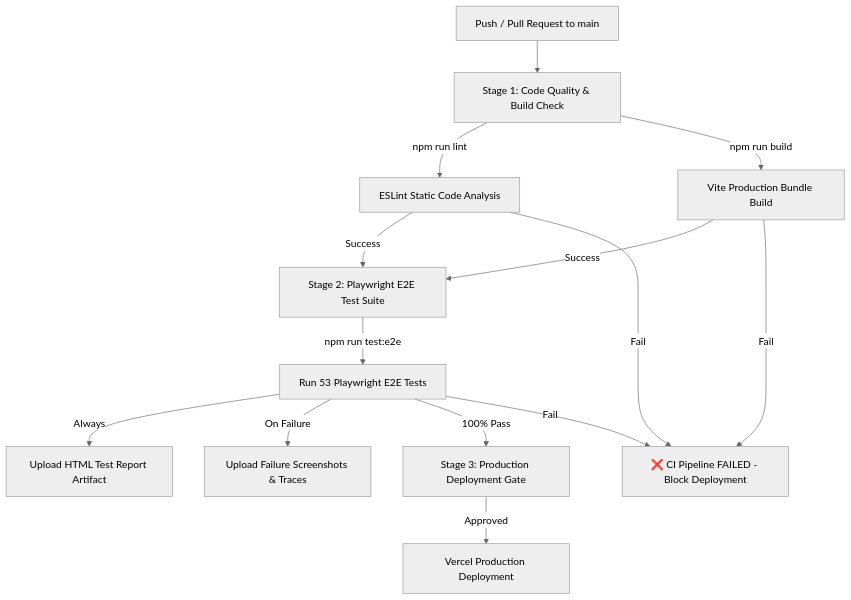
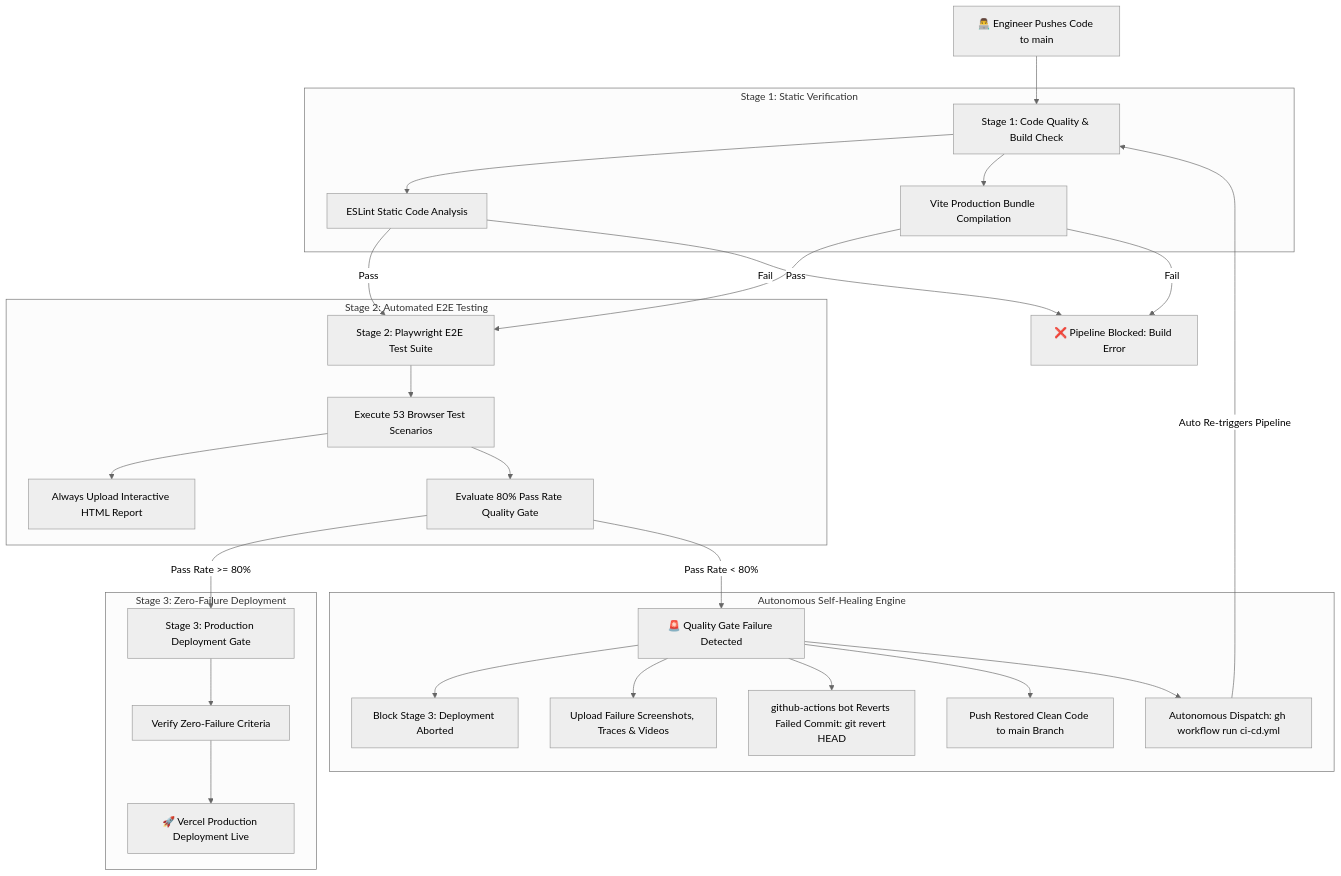
One commit to pandya-dwip/Nuvora changed the diagram in CICD.md. Above: the diagram before and after it, drawn with Mermaid (neutral theme). The commit also changed other lines of this file, not shown here.

Commit message:
docs: add comprehensive executive documentation for self-healing CI/CD pipeline

````diff
--- a/CICD.md
+++ b/CICD.md
@@ -11,20 +44,39 @@
 ```mermaid
 graph TD
-    A[Push / Pull Request to main] --> B[Stage 1: Code Quality & Build Check]
-    B -->|npm run lint| B1[ESLint Static Code Analysis]
-    B -->|npm run build| B2[Vite Production Bundle Build]
+    A[👨‍💻 Engineer Pushes Code to main] --> B[Stage 1: Code Quality & Build Check]
     
-    B1 -->|Success| C[Stage 2: Playwright E2E Test Suite]
-    B2 -->|Success| C
+    subgraph Stage 1: Static Verification
+        B --> B1[ESLint Static Code Analysis]
+        B --> B2[Vite Production Bundle Compilation]
+    end
+
+    B1 -->|Pass| C[Stage 2: Playwright E2E Test Suite]
+    B2 -->|Pass| C
+    B1 -->|Fail| F1[❌ Pipeline Blocked: Build Error]
+    B2 -->|Fail| F1
+
+    subgraph Stage 2: Automated E2E Testing
+        C --> C1[Execute 53 Browser Test Scenarios]
+        C1 --> C2[Always Upload Interactive HTML Report]
+        C1 --> C3[Evaluate 80% Pass Rate Quality Gate]
+    end
+
+    C3 -->|Pass Rate >= 80%| D[Stage 3: Production Deployment Gate]
     
-    C -->|npm run test:e2e| C1[Run 53 Playwright E2E Tests]
-    C1 -->|Always| C2[Upload HTML Test Report Artifact]
-    C1 -->|On Failure| C3[Upload Failure Screenshots & Traces]
+    subgraph Stage 3: Zero-Failure Deployment
+        D --> D1[Verify Zero-Failure Criteria]
+        D1 --> D2[🚀 Vercel Production Deployment Live]
+    end
+
+    C3 -->|Pass Rate < 80%| E[🚨 Quality Gate Failure Detected]
     
-    C1 -->|100% Pass| D[Stage 3: Production Deployment Gate]
-    D -->|Approved| E[Vercel Production Deployment]
-    
-    B1 -->|Fail| F[❌ CI Pipeline FAILED - Block Deployment]
-    B2 -->|Fail| F
-    C1 -->|Fail| F
+    subgraph Autonomous Self-Healing Engine
+        E --> E1[Block Stage 3: Deployment Aborted]
+        E --> E2[Upload Failure Screenshots, Traces & Videos]
+        E --> E3[github-actions bot Reverts Failed Commit: git revert HEAD]
+        E --> E4[Push Restored Clean Code to main Branch]
+        E --> E5[Autonomous Dispatch: gh workflow run ci-cd.yml]
+    end
+
+    E5 -->|Auto Re-triggers Pipeline| B
 ```
````
